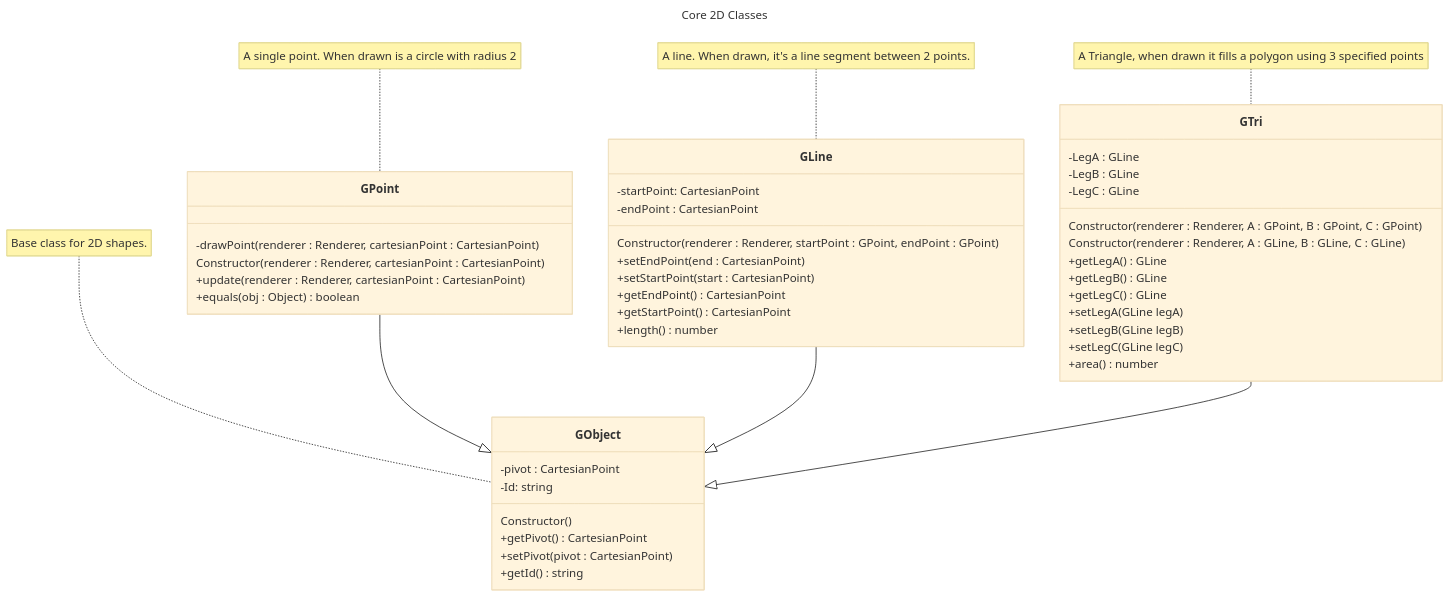
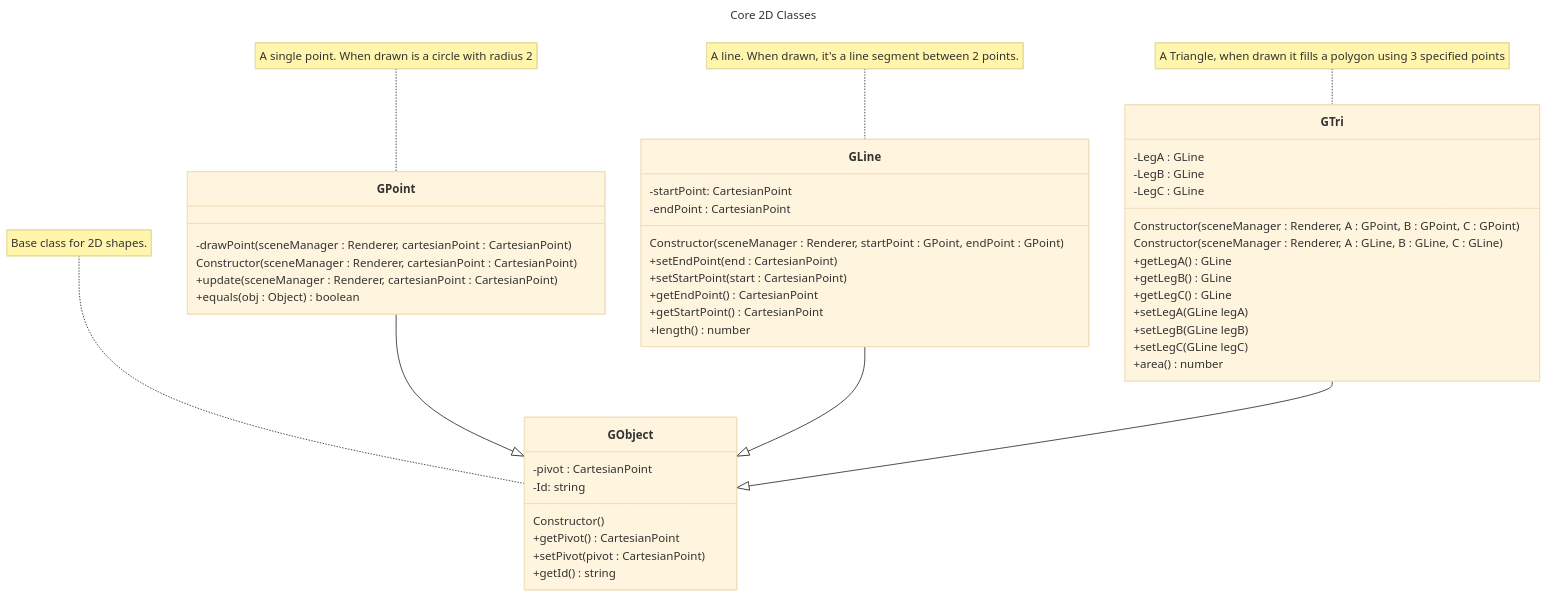
One commit to yetnt/j3engine changed the third of 6 diagrams in impl.md. Above: the diagram before and after it, drawn with Mermaid (base theme). The commit also changed other lines of this file and 41 other files, not shown here.

First line of the commit message:
refactor(engine): Rename Renderer to SceneManager

````diff
--- a/impl.md
+++ b/impl.md
@@ -146,52 +146,52 @@
 ```mermaid
 ---
 title: Core 2D Classes
 ---
 classDiagram
     note for GObject "Base class for 2D shapes."
     note for GPoint "A single point. When drawn is a circle with radius 2"
     note for GLine "A line. When drawn, it's a line segment between 2 points."
     note for GTri "A Triangle, when drawn it fills a polygon using 3 specified points"
     GPoint --|> GObject
     GLine --|> GObject
     GTri --|> GObject
     class GObject {
         -pivot : CartesianPoint
         -Id: string
         Constructor()
         +getPivot() CartesianPoint
         +setPivot(pivot : CartesianPoint)
         +getId() string
     }
     class GPoint {
-        -drawPoint(renderer : Renderer, cartesianPoint : CartesianPoint)
-        Constructor(renderer : Renderer, cartesianPoint : CartesianPoint)
-        +update(renderer : Renderer, cartesianPoint : CartesianPoint)
+        -drawPoint(sceneManager : Renderer, cartesianPoint : CartesianPoint)
+        Constructor(sceneManager : Renderer, cartesianPoint : CartesianPoint)
+        +update(sceneManager : Renderer, cartesianPoint : CartesianPoint)
         +equals(obj : Object) boolean
     }
     class GLine {
         -startPoint: CartesianPoint
         -endPoint : CartesianPoint
-        Constructor(renderer : Renderer, startPoint : GPoint, endPoint : GPoint)
+        Constructor(sceneManager : Renderer, startPoint : GPoint, endPoint : GPoint)
         +setEndPoint(end : CartesianPoint)
         +setStartPoint(start : CartesianPoint)
         +getEndPoint() CartesianPoint
         +getStartPoint() CartesianPoint
         +length() number
     }
     class GTri {
         -LegA : GLine
         -LegB : GLine
         -LegC : GLine
-        Constructor(renderer : Renderer, A : GPoint, B : GPoint, C : GPoint)
-        Constructor(renderer : Renderer, A : GLine, B : GLine, C : GLine)
+        Constructor(sceneManager : Renderer, A : GPoint, B : GPoint, C : GPoint)
+        Constructor(sceneManager : Renderer, A : GLine, B : GLine, C : GLine)
         +getLegA() GLine
         +getLegB() GLine
         +getLegC() GLine
         +setLegA(GLine legA)
         +setLegB(GLine legB)
         +setLegC(GLine legC)
         +area() number
     
     }
 ```
````
